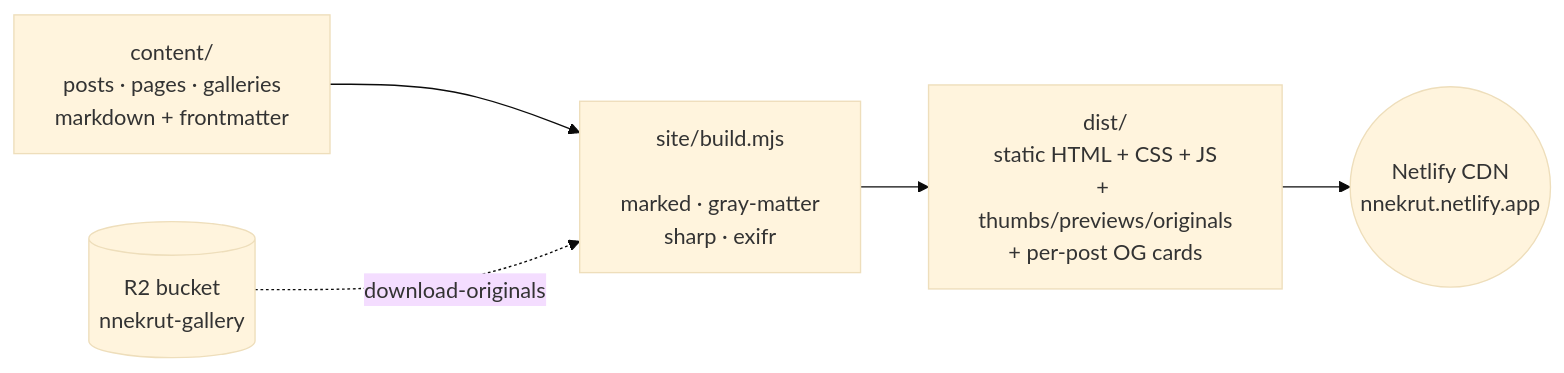
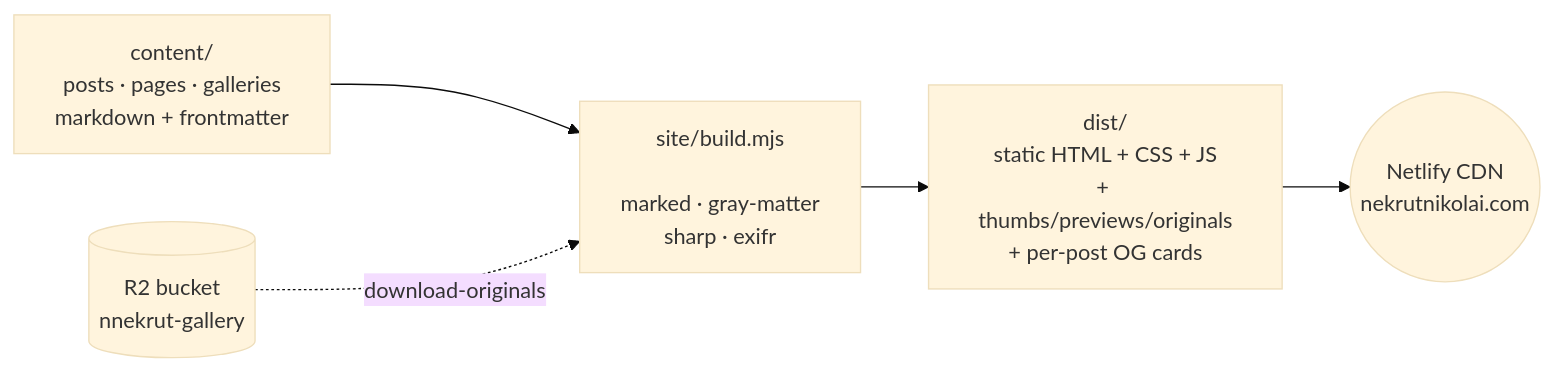
One commit to nekrutnikolai/mysite changed the first of 4 diagrams in README.md. Above: the diagram before and after it, drawn with Mermaid (base theme). The commit also changed other lines of this file and 3 other files, not shown here.

First line of the commit message:
feat: switch canonical to nekrutnikolai.com + wire CF Web Analytics

````diff
--- a/README.md
+++ b/README.md
@@ -20,13 +20,13 @@
 ```mermaid
 flowchart LR
     MD[content/<br/>posts &middot; pages &middot; galleries<br/>markdown + frontmatter]
     R2[(R2 bucket<br/>nnekrut-gallery)]
     BUILD[site/build.mjs<br/><br/>marked &middot; gray-matter<br/>sharp &middot; exifr]
     DIST[dist/<br/>static HTML + CSS + JS<br/>+ thumbs/previews/originals<br/>+ per-post OG cards]
-    NETLIFY((Netlify CDN<br/>nnekrut.netlify.app))
+    NETLIFY((Netlify CDN<br/>nekrutnikolai.com))
 
     MD --> BUILD
     R2 -.download-originals.-> BUILD
     BUILD --> DIST
     DIST --> NETLIFY
 ```
````
